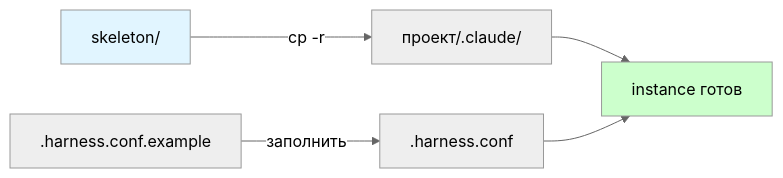
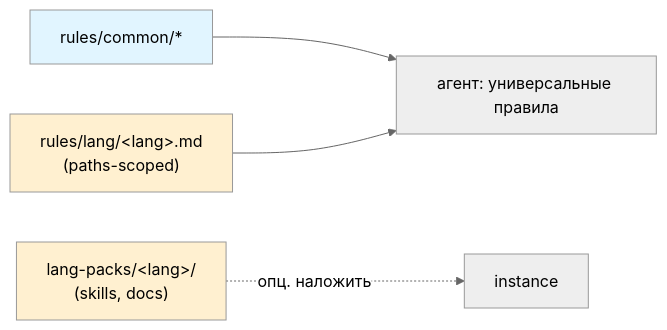
Before and after one commit to shumik323/harness-engineering: the third of 3 diagrams in README.md, drawn with Mermaid (neutral theme). The commit also changed other lines of this file and 25 other files, not shown here.

````diff
--- a/README.md
+++ b/README.md
@@ -66,9 +101,9 @@
 ```mermaid
 flowchart LR
-    A["skeleton/"] -->|"cp -r"| B["проект/.claude/"]
-    C[".harness.conf.example"] -->|"заполнить"| D[".harness.conf"]
-    B --> E["instance готов"]
-    D --> E
+    A["rules/common/*"] --> C["агент: универсальные правила"]
+    B["rules/lang/&lt;lang&gt;.md<br/>(paths-scoped)"] --> C
+    D["lang-packs/&lt;lang&gt;/<br/>(skills, docs)"] -.->|"опц. наложить"| E["instance"]
     style A fill:#e1f5ff
-    style E fill:#ccffcc
+    style B fill:#fff0d0
+    style D fill:#fff0d0
 ```
````
